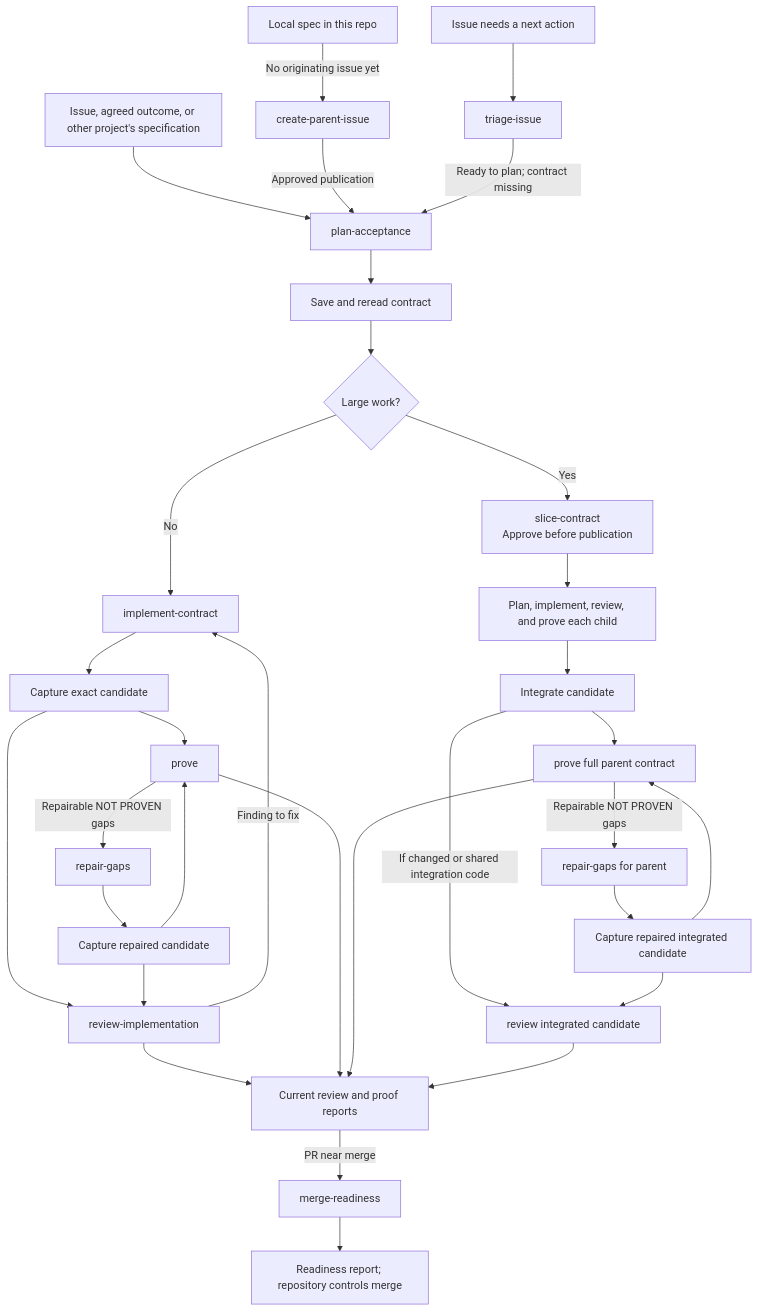
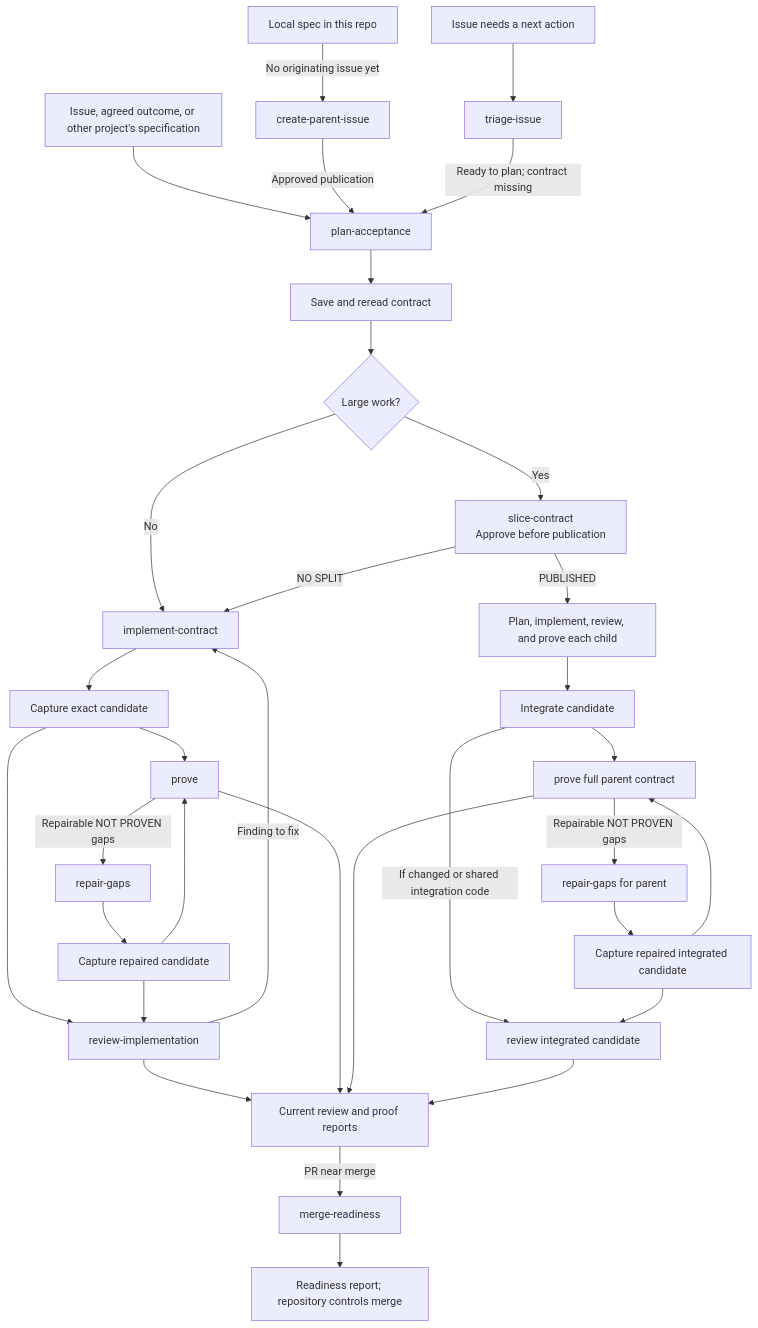
One commit to grove/promise-to-proof changed the diagram in README.md. Above: the diagram before and after it, drawn with Mermaid.

Commit message:
Clarify slice outcomes in README workflow

````diff
--- a/README.md
+++ b/README.md
@@ -69,37 +69,38 @@
 ```mermaid
 flowchart TD
 	source["Issue, agreed outcome, or other project's specification"] --> plan["plan-acceptance"]
 	localSpec["Local spec in this repo"] -->|No originating issue yet| create["create-parent-issue"]
 	create -->|Approved publication| plan
 	needsTriage["Issue needs a next action"] --> triage["triage-issue"]
 	triage -->|Ready to plan; contract missing| plan
 
 	plan --> contract["Save and reread contract"]
 	contract --> split{"Large work?"}
 	split -->|No| implement["implement-contract"]
 	split -->|Yes| slice["slice-contract<br/>Approve before publication"]
-	slice --> children["Plan, implement, review, and prove each child"]
+	slice -->|NO SPLIT| implement
+	slice -->|PUBLISHED| children["Plan, implement, review, and prove each child"]
 	children --> integrate["Integrate candidate"]
 	integrate --> parentProof["prove full parent contract"]
 	parentProof -->|Repairable NOT PROVEN gaps| parentRepair["repair-gaps for parent"]
 	parentRepair --> parentRepaired["Capture repaired integrated candidate"]
 	parentRepaired --> parentProof
 
 	implement --> candidate["Capture exact candidate"]
 	candidate --> review["review-implementation"]
 	candidate --> prove["prove"]
 	review -->|Finding to fix| implement
 	prove -->|Repairable NOT PROVEN gaps| repair["repair-gaps"]
 	repair --> repaired["Capture repaired candidate"]
 	repaired --> review
 	repaired --> prove
 
 	review --> reports["Current review and proof reports"]
 	prove --> reports
 	parentProof --> reports
 	integrate -->|If changed or shared integration code| parentReview["review integrated candidate"]
 	parentRepaired --> parentReview
 	parentReview --> reports
 	reports -->|PR near merge| readiness["merge-readiness"]
 	readiness --> gate["Readiness report; repository controls merge"]
 ```
````
